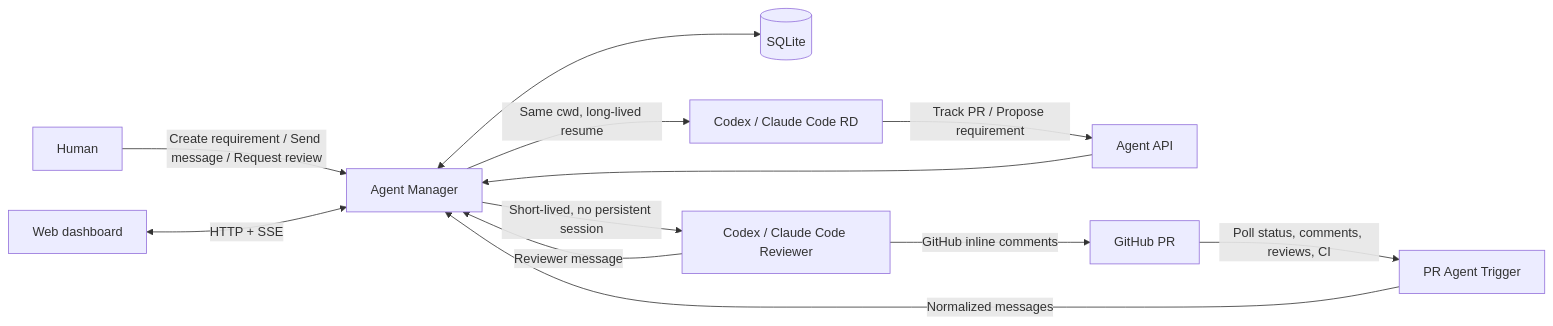
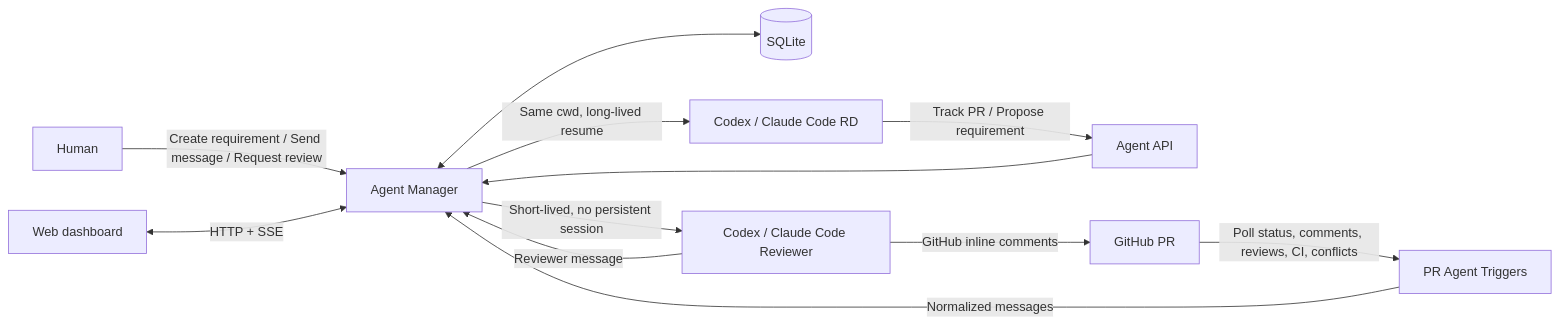
The second of 2 diagrams in docs/architecture.en.md (luohaha/code-factory), drawn with Mermaid before and after one commit. The commit also changed other lines of this file and 12 other files, not shown here.

Commit message:
feat: split pull request agent triggers

```diff
--- a/docs/architecture.en.md
+++ b/docs/architecture.en.md
@@ -29,14 +29,14 @@
 ~~~mermaid
 flowchart LR
   H[Human] -->|Create requirement / Send message / Request review| M[Agent Manager]
   W[Web dashboard] <-->|HTTP + SSE| M
   M <--> DB[(SQLite)]
   M -->|Same cwd, long-lived resume| RD[Codex / Claude Code RD]
   M -->|Short-lived, no persistent session| RV[Codex / Claude Code Reviewer]
   RD -->|Track PR / Propose requirement| API[Agent API]
   API --> M
   RV -->|GitHub inline comments| GH[GitHub PR]
-  GH -->|Poll status, comments, reviews, CI| T[PR Agent Trigger]
+  GH -->|Poll status, comments, reviews, CI, conflicts| T[PR Agent Triggers]
   T -->|Normalized messages| M
   RV -->|Reviewer message| M
 ~~~
```
